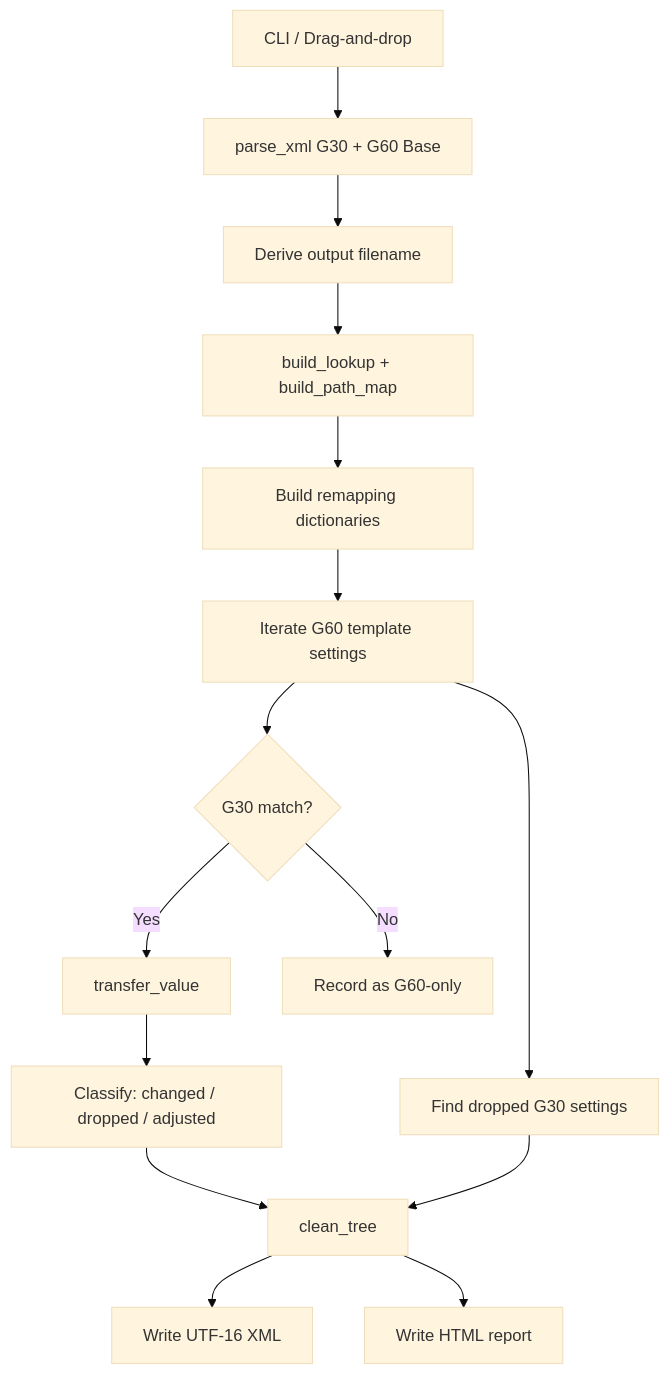
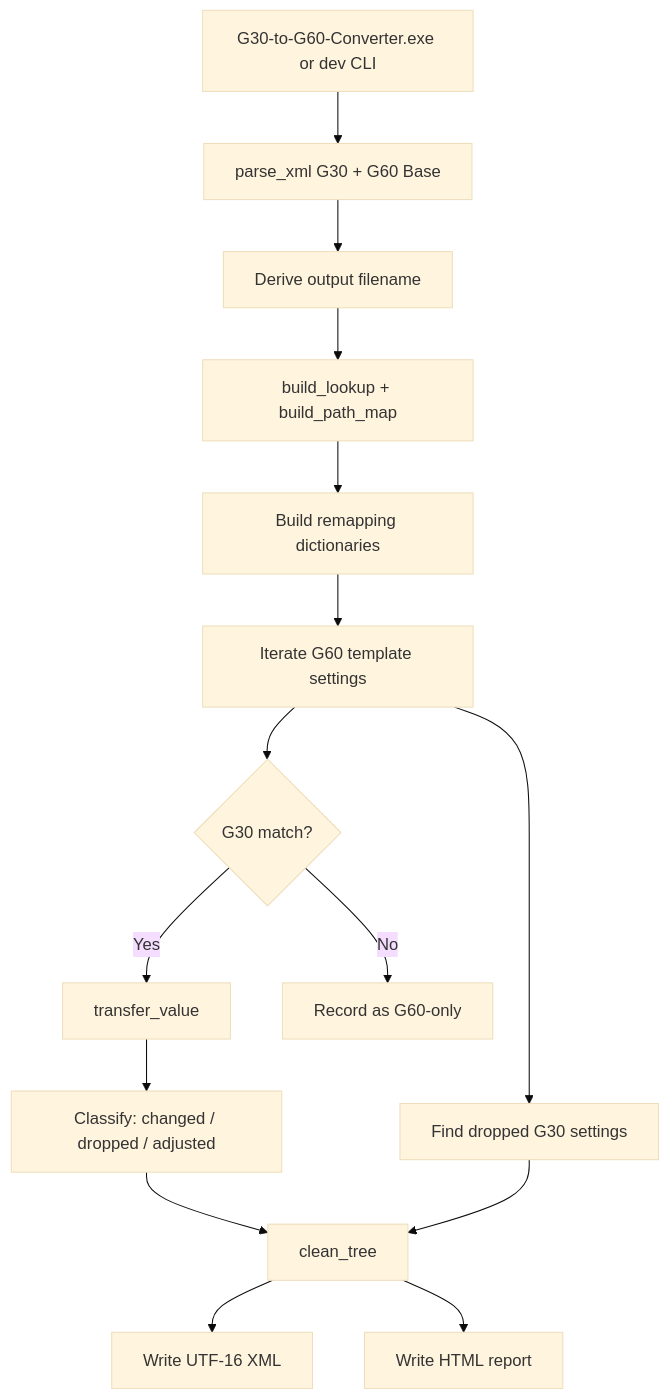
One commit to Jakehallmark/GE-Multilin-UR-G30-G60-Conversion changed the first of 2 diagrams in CONVERSION_PROCESS.md. Above: the diagram before and after it, drawn with Mermaid (base theme). The commit also changed other lines of this file and 39 other files, not shown here.

````diff
--- a/CONVERSION_PROCESS.md
+++ b/CONVERSION_PROCESS.md
@@ -85,17 +85,17 @@
 ```mermaid
 flowchart TD
-    A[CLI / Drag-and-drop] --> B[parse_xml G30 + G60 Base]
+    A[G30-to-G60-Converter.exe or dev CLI] --> B[parse_xml G30 + G60 Base]
     B --> C[Derive output filename]
     C --> D[build_lookup + build_path_map]
     D --> E[Build remapping dictionaries]
     E --> F[Iterate G60 template settings]
     F --> G{G30 match?}
     G -->|Yes| H[transfer_value]
     G -->|No| I[Record as G60-only]
     H --> J[Classify: changed / dropped / adjusted]
     F --> K[Find dropped G30 settings]
     J --> L[clean_tree]
     K --> L
     L --> M[Write UTF-16 XML]
     L --> N[Write HTML report]
 ```
````
